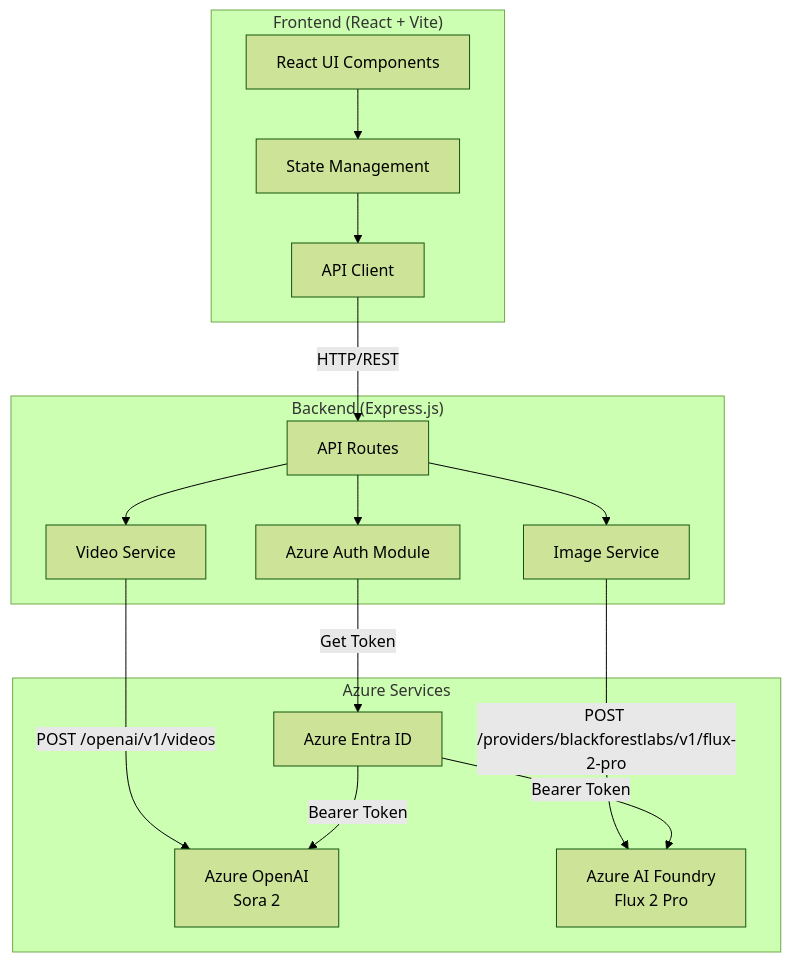
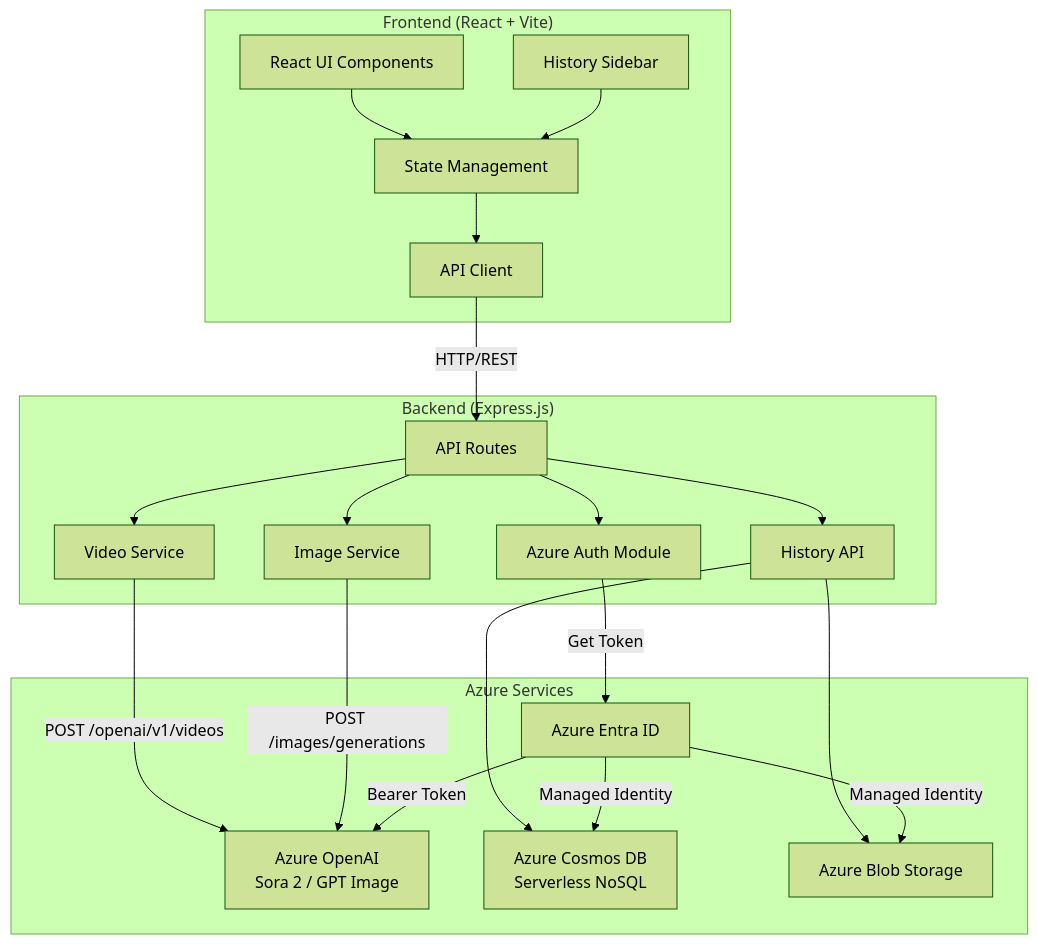
Before and after one commit to ManojNair/letssora: the diagram in README.md, drawn with Mermaid (forest theme). The commit also changed other lines of this file and 23 other files, not shown here.

First line of the commit message:
Add clipboard paste, conversation history, Cosmos DB/Blob Storage, auth fixes, and updated docs

````diff
--- a/README.md
+++ b/README.md
@@ -19,37 +21,46 @@
 ```mermaid
 graph TB
     subgraph Client["Frontend (React + Vite)"]
         UI[React UI Components]
+        Sidebar[History Sidebar]
         State[State Management]
         API_Client[API Client]
     end
 
     subgraph Server["Backend (Express.js)"]
         Routes[API Routes]
         Auth[Azure Auth Module]
         VideoService[Video Service]
         ImageService[Image Service]
+        HistoryAPI[History API]
     end
 
     subgraph Azure["Azure Services"]
         EntraID[Azure Entra ID]
-        OpenAI[Azure OpenAI<br/>Sora 2]
-        Foundry[Azure AI Foundry<br/>Flux 2 Pro]
+        OpenAI[Azure OpenAI<br/>Sora 2 / GPT Image]
+        CosmosDB[Azure Cosmos DB<br/>Serverless NoSQL]
+        BlobStorage[Azure Blob Storage]
     end
 
     UI --> State
+    Sidebar --> State
     State --> API_Client
     API_Client -->|HTTP/REST| Routes
     
     Routes --> Auth
     Auth -->|Get Token| EntraID
     
     Routes --> VideoService
     Routes --> ImageService
+    Routes --> HistoryAPI
+    
+    HistoryAPI --> CosmosDB
+    HistoryAPI --> BlobStorage
     
     VideoService -->|POST /openai/v1/videos| OpenAI
-    ImageService -->|POST /providers/blackforestlabs/v1/flux-2-pro| Foundry
+    ImageService -->|POST /images/generations| OpenAI
     
     EntraID -->|Bearer Token| OpenAI
-    EntraID -->|Bearer Token| Foundry
+    EntraID -->|Managed Identity| CosmosDB
+    EntraID -->|Managed Identity| BlobStorage
 ```
````
